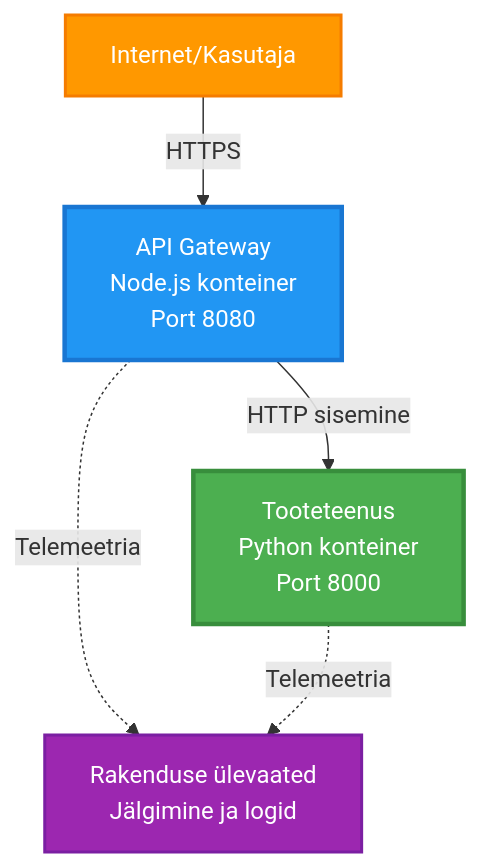
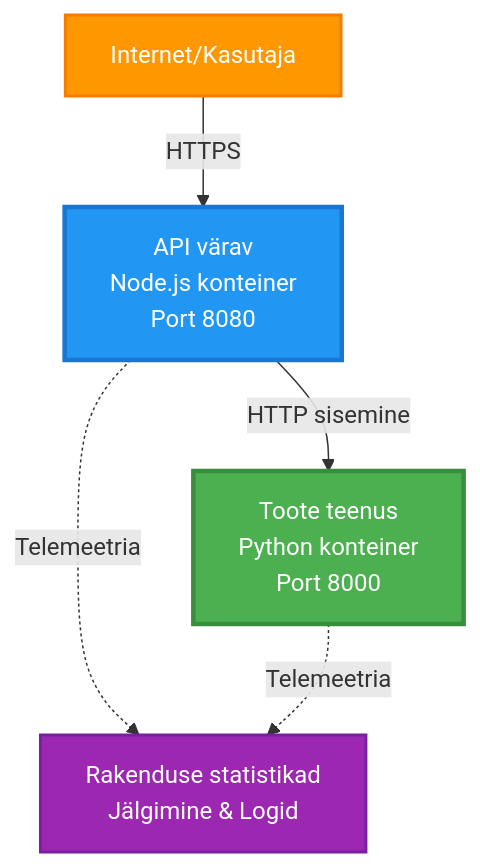
The first of 4 diagrams in translations/et/examples/microservices/README.md (microsoft/AZD-for-beginners), drawn with Mermaid before and after one commit. The commit also changed other lines of this file and 245 other files, not shown here.

````diff
--- a/translations/et/examples/microservices/README.md
+++ b/translations/et/examples/microservices/README.md
@@ -40,17 +31,17 @@
 ```mermaid
 graph TB
     Internet[Internet/Kasutaja]
-    Gateway[API Gateway<br/>Node.js konteiner<br/>Port 8080]
-    Product[Tooteteenus<br/>Python konteiner<br/>Port 8000]
-    AppInsights[Rakenduse ülevaated<br/>Jälgimine ja logid]
+    Gateway[API värav<br/>Node.js konteiner<br/>Port 8080]
+    Product[Toote teenus<br/>Python konteiner<br/>Port 8000]
+    AppInsights[Rakenduse statistikad<br/>Jälgimine & Logid]
     
     Internet -->|HTTPS| Gateway
     Gateway -->|HTTP sisemine| Product
     Gateway -.->|Telemeetria| AppInsights
     Product -.->|Telemeetria| AppInsights
     
     style Gateway fill:#2196F3,stroke:#1976D2,stroke-width:3px,color:#fff
     style Product fill:#4CAF50,stroke:#388E3C,stroke-width:3px,color:#fff
     style Internet fill:#FF9800,stroke:#F57C00,stroke-width:2px,color:#fff
     style AppInsights fill:#9C27B0,stroke:#7B1FA2,stroke-width:2px,color:#fff
 ```
````
